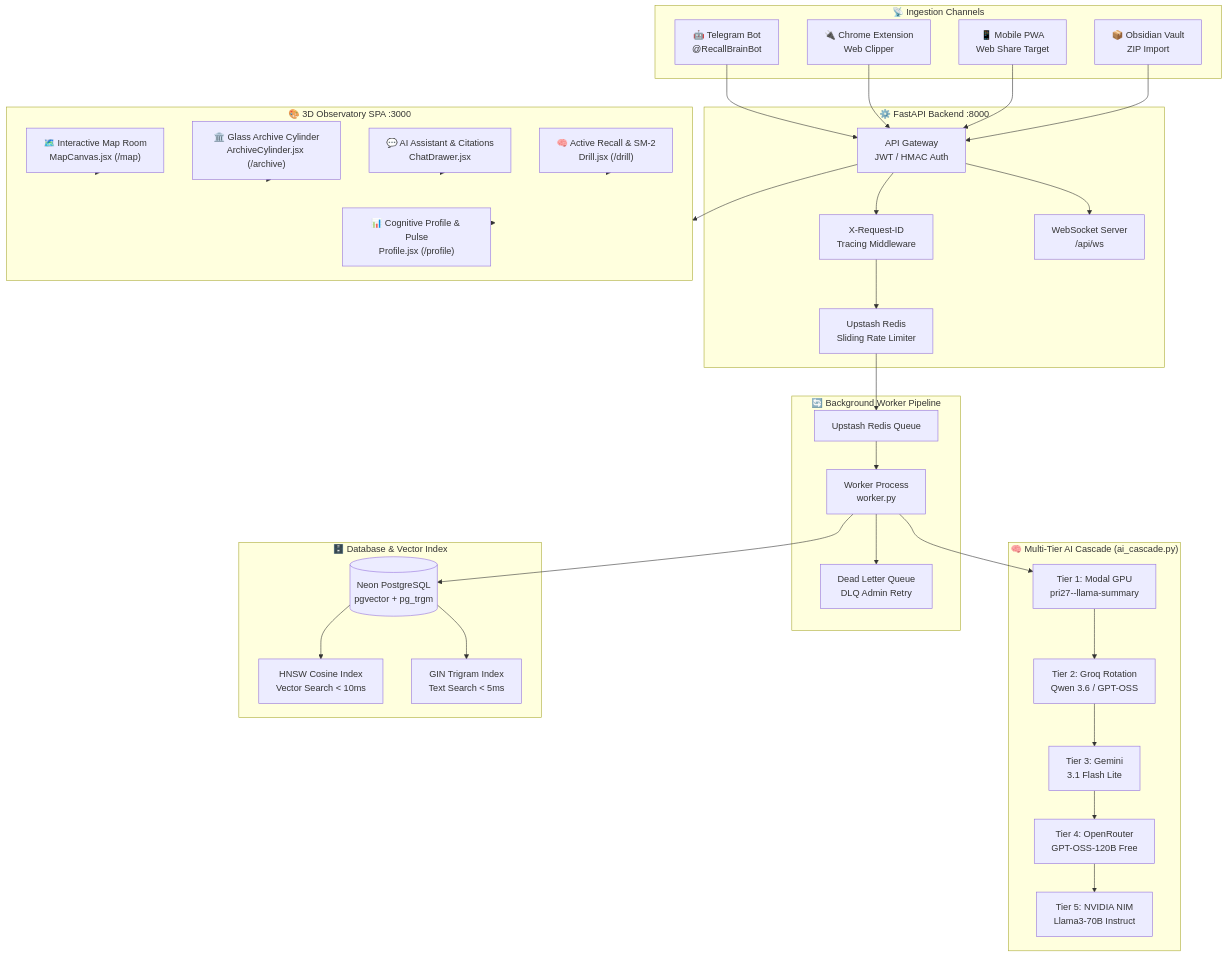
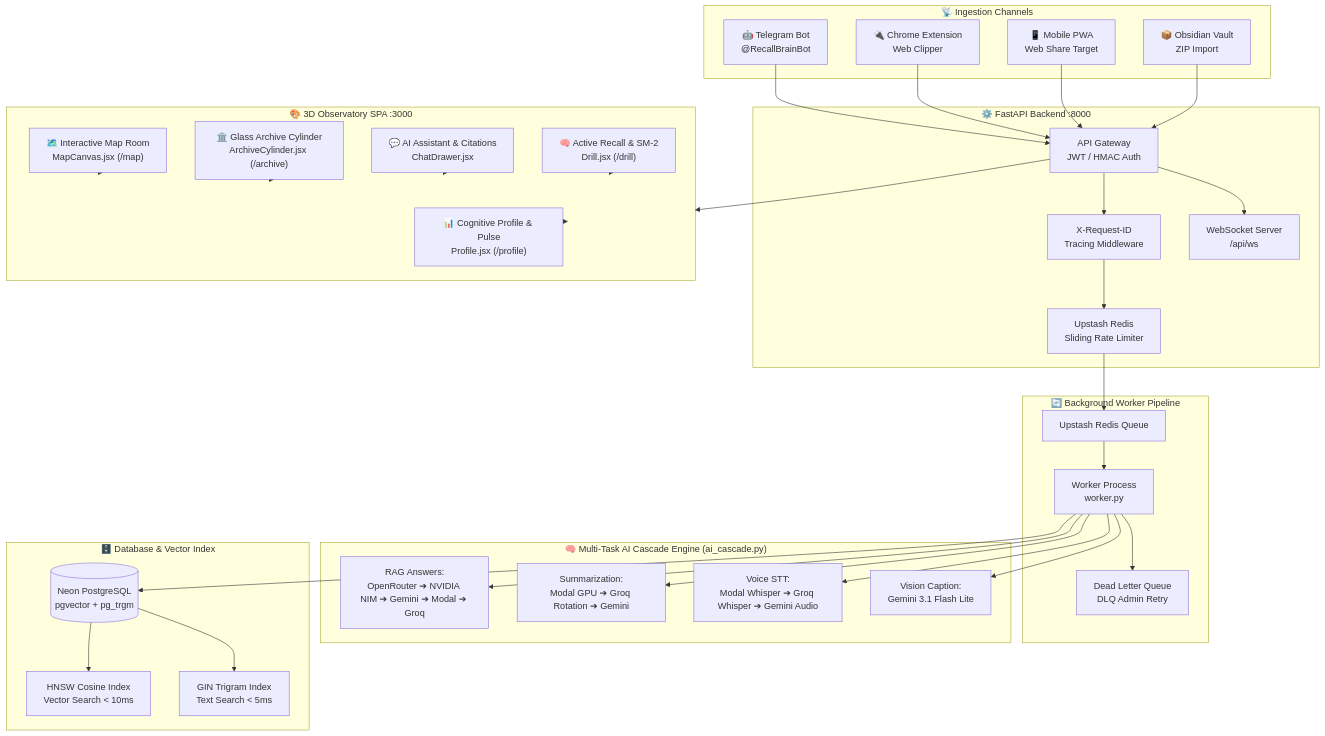
The first of 3 diagrams in README.md (PriyanshuG27/Atrium), drawn with Mermaid before and after one commit. The commit also changed other lines of this file, not shown here.

Commit message:
docs(readme): update AI cascade with task-specific provider flows (RAG: OpenRouter -> NVIDIA NIM -> Gemini; Summary: Modal -> Groq -> Gemini)

````diff
--- a/README.md
+++ b/README.md
@@ -136,55 +155,54 @@
 ```mermaid
 graph TB
     subgraph INGESTION["📡 Ingestion Channels"]
         TG["🤖 Telegram Bot<br/>@RecallBrainBot"]
         EXT["🔌 Chrome Extension<br/>Web Clipper"]
         SHARE["📱 Mobile PWA<br/>Web Share Target"]
         ZIP["📦 Obsidian Vault<br/>ZIP Import"]
     end
 
     subgraph BACKEND["⚙️ FastAPI Backend  :8000"]
         API["API Gateway<br/>JWT / HMAC Auth"]
         TRACER["X-Request-ID<br/>Tracing Middleware"]
         LIMITER["Upstash Redis<br/>Sliding Rate Limiter"]
         WS["WebSocket Server<br/>/api/ws"]
     end
 
     subgraph QUEUE["🔄 Background Worker Pipeline"]
         REDIS["Upstash Redis Queue"]
         WORKER["Worker Process<br/>worker.py"]
         DLQ["Dead Letter Queue<br/>DLQ Admin Retry"]
     end
 
-    subgraph AI_CASCADE["🧠 Multi-Tier AI Cascade (ai_cascade.py)"]
-        MODAL["Tier 1: Modal GPU<br/>pri27--llama-summary"]
-        GROQ["Tier 2: Groq Rotation<br/>Qwen 3.6 / GPT-OSS"]
-        GEMINI["Tier 3: Gemini<br/>3.1 Flash Lite"]
-        OPENROUTER["Tier 4: OpenRouter<br/>GPT-OSS-120B Free"]
-        NVIDIA["Tier 5: NVIDIA NIM<br/>Llama3-70B Instruct"]
+    subgraph AI_CASCADE["🧠 Multi-Task AI Cascade Engine (ai_cascade.py)"]
+        RAG["RAG Answers:<br/>OpenRouter ➔ NVIDIA NIM ➔ Gemini ➔ Modal ➔ Groq"]
+        SUM["Summarization:<br/>Modal GPU ➔ Groq Rotation ➔ Gemini"]
+        STT["Voice STT:<br/>Modal Whisper ➔ Groq Whisper ➔ Gemini Audio"]
+        VISION["Vision Caption:<br/>Gemini 3.1 Flash Lite"]
     end
 
     subgraph STORAGE["🗄️ Database & Vector Index"]
         NEON[("Neon PostgreSQL<br/>pgvector + pg_trgm")]
         HNSW["HNSW Cosine Index<br/>Vector Search < 10ms"]
         GIN["GIN Trigram Index<br/>Text Search < 5ms"]
     end
 
     subgraph FRONTEND["🎨 3D Observatory SPA  :3000"]
         MAP["🗺️ Interactive Map Room<br/>MapCanvas.jsx (/map)"]
         CYLINDER["🏛️ Glass Archive Cylinder<br/>ArchiveCylinder.jsx (/archive)"]
         ASSISTANT["💬 AI Assistant & Citations<br/>ChatDrawer.jsx"]
         DRILL["🧠 Active Recall & SM-2<br/>Drill.jsx (/drill)"]
         PULSE["📊 Cognitive Profile & Pulse<br/>Profile.jsx (/profile)"]
     end
 
     TG & EXT & SHARE & ZIP --> API
     API --> TRACER --> LIMITER --> REDIS
     API --> WS
     REDIS --> WORKER
     WORKER --> DLQ
-    WORKER --> MODAL --> GROQ --> GEMINI --> OPENROUTER --> NVIDIA
+    WORKER --> RAG & SUM & STT & VISION
     WORKER --> NEON
     NEON --> HNSW & GIN
     API --> FRONTEND
     MAP & CYLINDER & ASSISTANT & DRILL & PULSE --> FRONTEND
 ```
````
